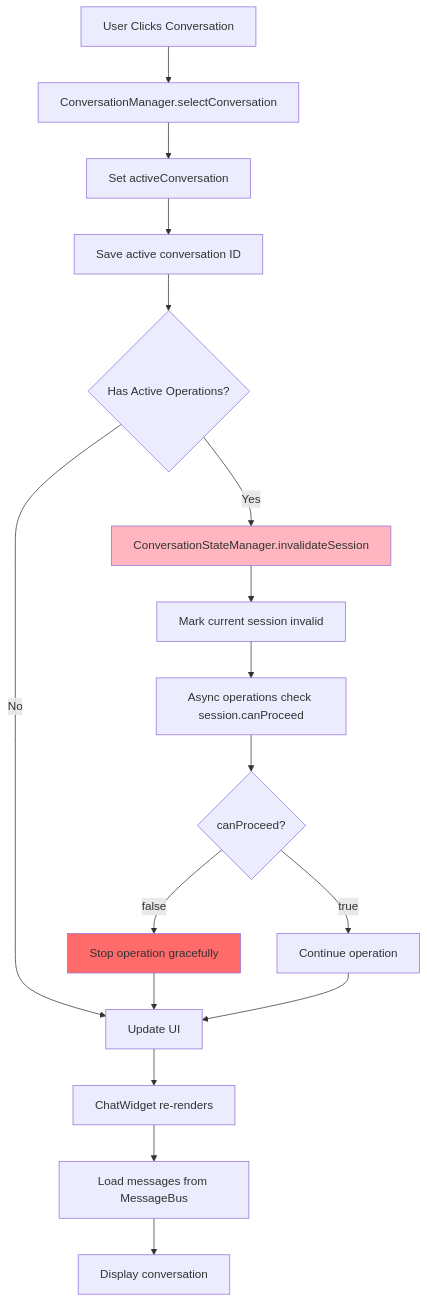
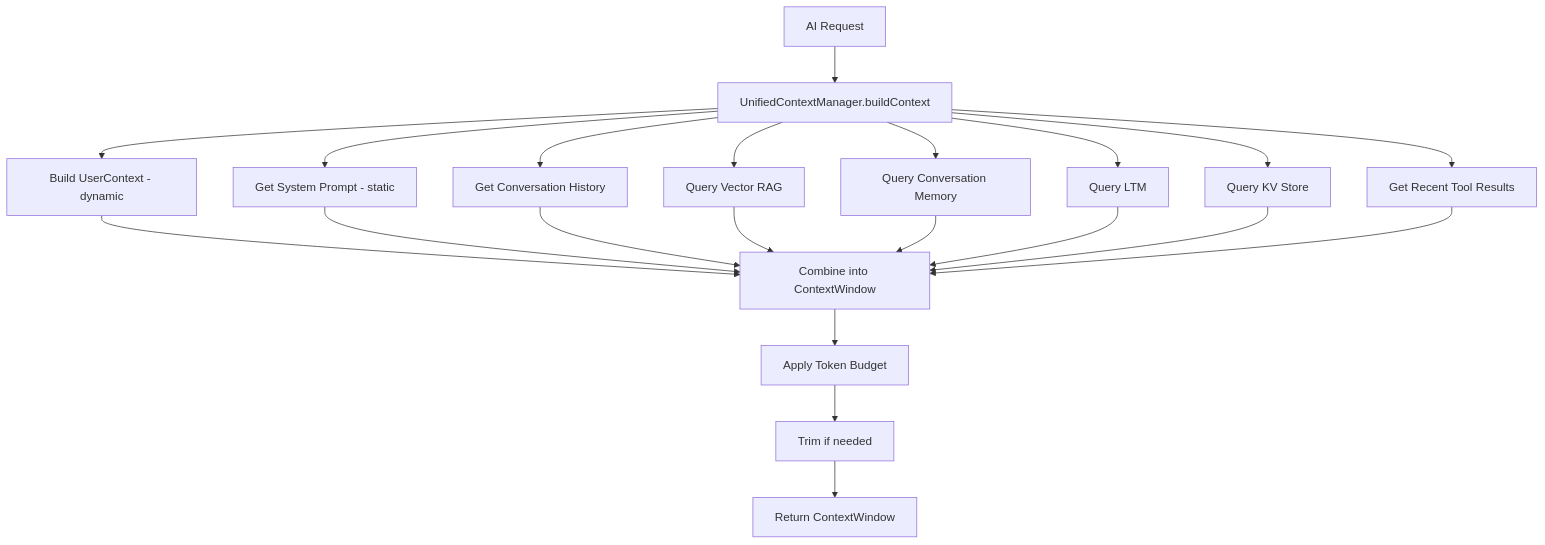
Before and after one commit to SyntheticAutonomicMind/SAM: the third of 3 diagrams in project-docs/CONVERSATION_ENGINE.md, drawn with Mermaid. The commit also changed other lines of this file and 6 other files, not shown here.

````diff
--- a/project-docs/CONVERSATION_ENGINE.md
+++ b/project-docs/CONVERSATION_ENGINE.md
@@ -636,26 +767,23 @@
 ```mermaid
 flowchart TD
-    A[User Clicks Conversation] --> B[ConversationManager.selectConversation]
-    B --> C[Set activeConversation]
-    C --> D[Save active conversation ID]
-    
-    D --> E{Has Active Operations?}
-    E -->|Yes| F[ConversationStateManager.invalidateSession]
-    E -->|No| G[Update UI]
-    
-    F --> H[Mark current session invalid]
-    H --> I[Async operations check session.canProceed]
-    I --> J{canProceed?}
-    J -->|false| K[Stop operation gracefully]
-    J -->|true| L[Continue operation]
-    
-    K --> G
-    L --> G
-    
-    G --> M[ChatWidget re-renders]
-    M --> N[Load messages from MessageBus]
-    N --> O[Display conversation]
-    
-    style F fill:#FFB6C1
-    style K fill:#FF6B6B
+    A[AI Request] --> B[UnifiedContextManager.buildContext]
+    B --> C[Build UserContext - dynamic]
+    B --> D[Get System Prompt - static]
+    B --> E[Get Conversation History]
+    B --> F[Query Vector RAG]
+    B --> G[Query Conversation Memory]
+    B --> H[Query LTM]
+    B --> I[Query KV Store]
+    B --> J[Get Recent Tool Results]
+    C --> K[Combine into ContextWindow]
+    D --> K
+    E --> K
+    F --> K
+    G --> K
+    H --> K
+    I --> K
+    J --> K
+    K --> L[Apply Token Budget]
+    L --> M[Trim if needed]
+    M --> N[Return ContextWindow]
 ```
````
